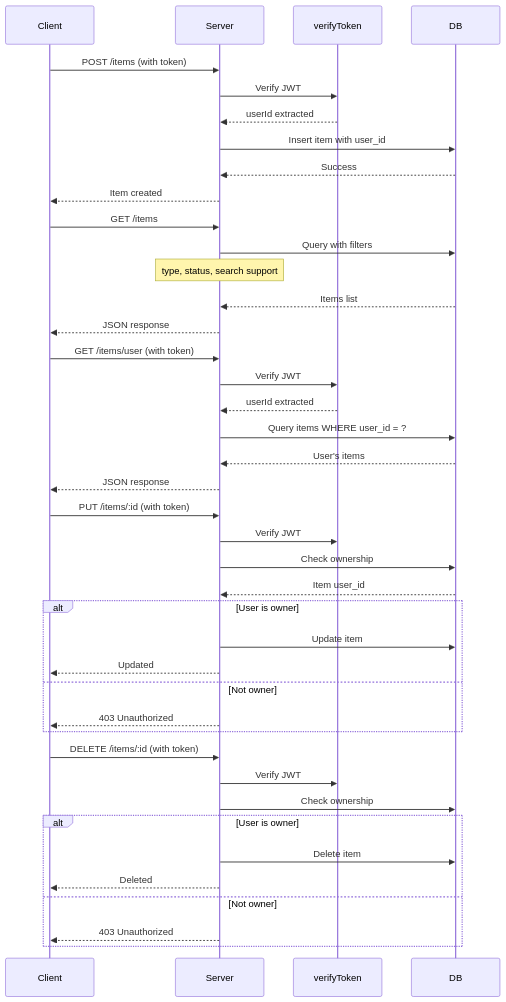
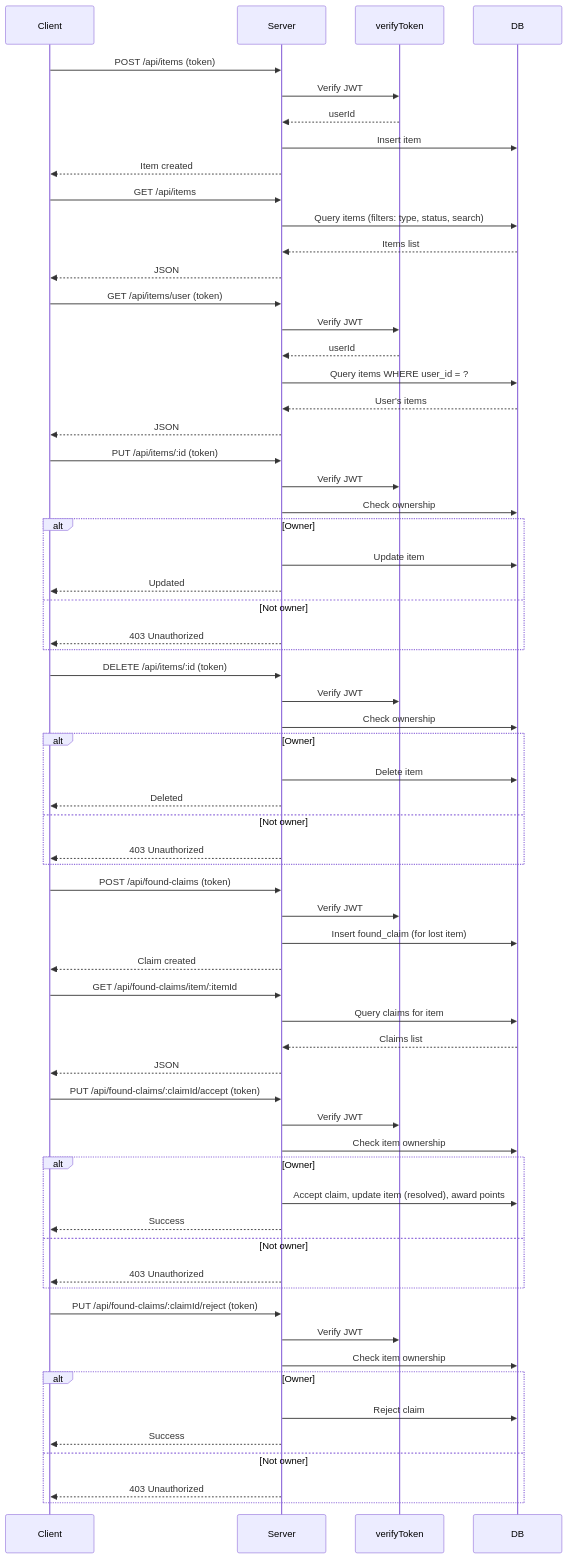
One commit to Circuit-Overtime/khoj.elixpo changed the fourth of 5 diagrams in README.md. Above: the diagram before and after it, drawn with Mermaid. The commit also changed other lines of this file, not shown here.

````diff
--- a/README.md
+++ b/README.md
@@ -179,48 +246,75 @@
 ```mermaid
 sequenceDiagram
     participant Client
     participant Server
     participant Middleware as verifyToken
     participant DB
 
-    Client->>Server: POST /items (with token)
+    Client->>Server: POST /api/items (token)
     Server->>Middleware: Verify JWT
-    Middleware-->>Server: userId extracted
-    Server->>DB: Insert item with user_id
-    DB-->>Server: Success
+    Middleware-->>Server: userId
+    Server->>DB: Insert item
     Server-->>Client: Item created
 
-    Client->>Server: GET /items
-    Server->>DB: Query with filters
-    Note over Server: type, status, search support
+    Client->>Server: GET /api/items
+    Server->>DB: Query items (filters: type, status, search)
     DB-->>Server: Items list
-    Server-->>Client: JSON response
+    Server-->>Client: JSON
 
-    Client->>Server: GET /items/user (with token)
+    Client->>Server: GET /api/items/user (token)
     Server->>Middleware: Verify JWT
-    Middleware-->>Server: userId extracted
+    Middleware-->>Server: userId
     Server->>DB: Query items WHERE user_id = ?
     DB-->>Server: User's items
-    Server-->>Client: JSON response
+    Server-->>Client: JSON
 
-    Client->>Server: PUT /items/:id (with token)
+    Client->>Server: PUT /api/items/:id (token)
     Server->>Middleware: Verify JWT
     Server->>DB: Check ownership
-    DB-->>Server: Item user_id
-    alt User is owner
+    alt Owner
         Server->>DB: Update item
         Server-->>Client: Updated
     else Not owner
         Server-->>Client: 403 Unauthorized
     end
 
-    Client->>Server: DELETE /items/:id (with token)
+    Client->>Server: DELETE /api/items/:id (token)
     Server->>Middleware: Verify JWT
     Server->>DB: Check ownership
-    alt User is owner
+    alt Owner
         Server->>DB: Delete item
         Server-->>Client: Deleted
     else Not owner
         Server-->>Client: 403 Unauthorized
     end
+
+    Client->>Server: POST /api/found-claims (token)
+    Server->>Middleware: Verify JWT
+    Server->>DB: Insert found_claim (for lost item)
+    Server-->>Client: Claim created
+
+    Client->>Server: GET /api/found-claims/item/:itemId
+    Server->>DB: Query claims for item
+    DB-->>Server: Claims list
+    Server-->>Client: JSON
+
+    Client->>Server: PUT /api/found-claims/:claimId/accept (token)
+    Server->>Middleware: Verify JWT
+    Server->>DB: Check item ownership
+    alt Owner
+        Server->>DB: Accept claim, update item (resolved), award points
+        Server-->>Client: Success
+    else Not owner
+        Server-->>Client: 403 Unauthorized
+    end
+
+    Client->>Server: PUT /api/found-claims/:claimId/reject (token)
+    Server->>Middleware: Verify JWT
+    Server->>DB: Check item ownership
+    alt Owner
+        Server->>DB: Reject claim
+        Server-->>Client: Success
+    else Not owner
+        Server-->>Client: 403 Unauthorized
+    end
 ```
````
